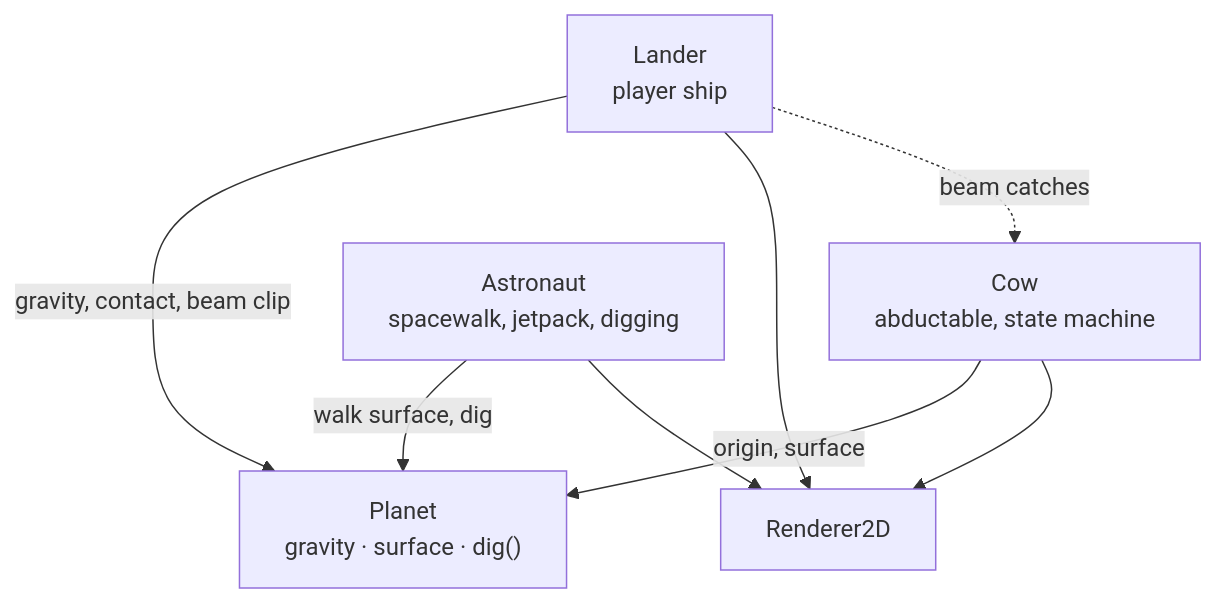
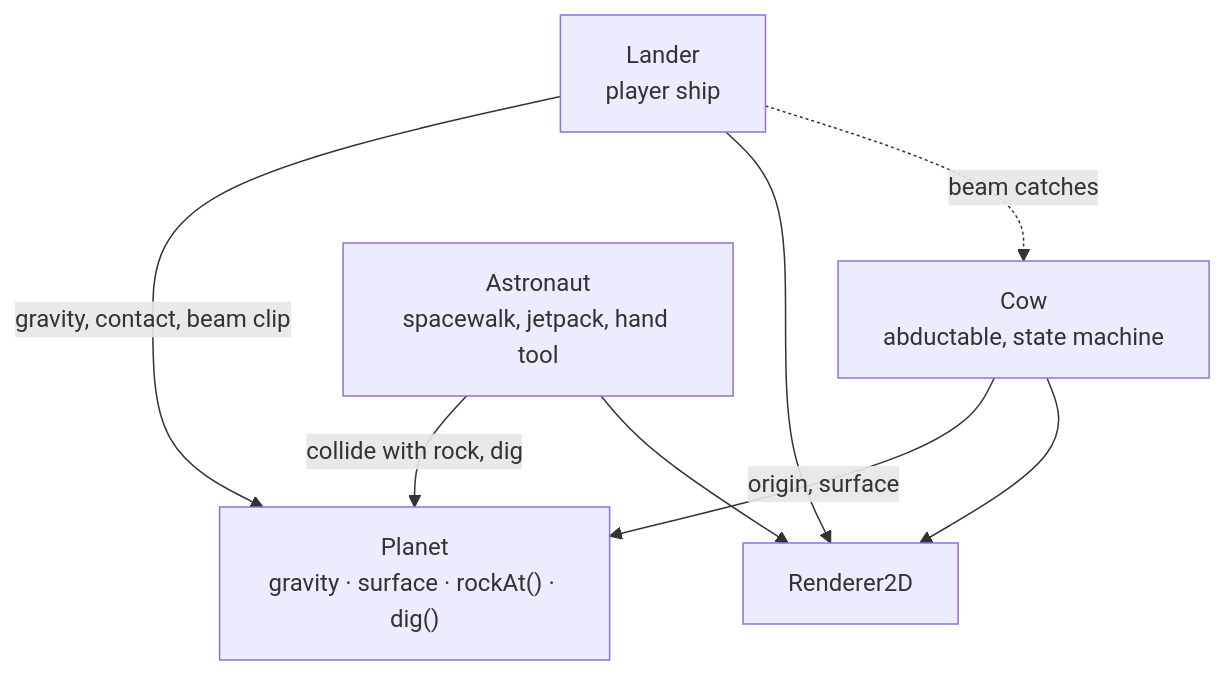
One commit to keithagroves/visitor changed the diagram in docs/architecture/entities.md. Above: the diagram before and after it, drawn with Mermaid. The commit also changed other lines of this file and 36 other files, not shown here.

````diff
--- a/docs/architecture/entities.md
+++ b/docs/architecture/entities.md
@@ -14,22 +14,22 @@
 ```mermaid
 flowchart TD
     Lander["Lander<br/>player ship"]
     Cow["Cow<br/>abductable, state machine"]
-    Astronaut["Astronaut<br/>spacewalk, jetpack, digging"]
-    Planet["Planet<br/>gravity · surface · dig()"]
+    Astronaut["Astronaut<br/>spacewalk, jetpack, hand tool"]
+    Planet["Planet<br/>gravity · surface · rockAt() · dig()"]
     Renderer["Renderer2D"]
 
     Lander -->|gravity, contact, beam clip| Planet
     Cow -->|origin, surface| Planet
-    Astronaut -->|walk surface, dig| Planet
+    Astronaut -->|collide with rock, dig| Planet
     Lander --> Renderer
     Cow --> Renderer
     Astronaut --> Renderer
     Lander -. beam catches .-> Cow
 
     click Lander call navigate("../../src/entities/lander.cpp")
     click Cow call navigate("../../src/entities/cow.cpp")
     click Astronaut call navigate("../../src/entities/astronaut.cpp")
     click Planet call navigate("world.md")
     click Renderer call navigate("graphics.md")
 ```
````
